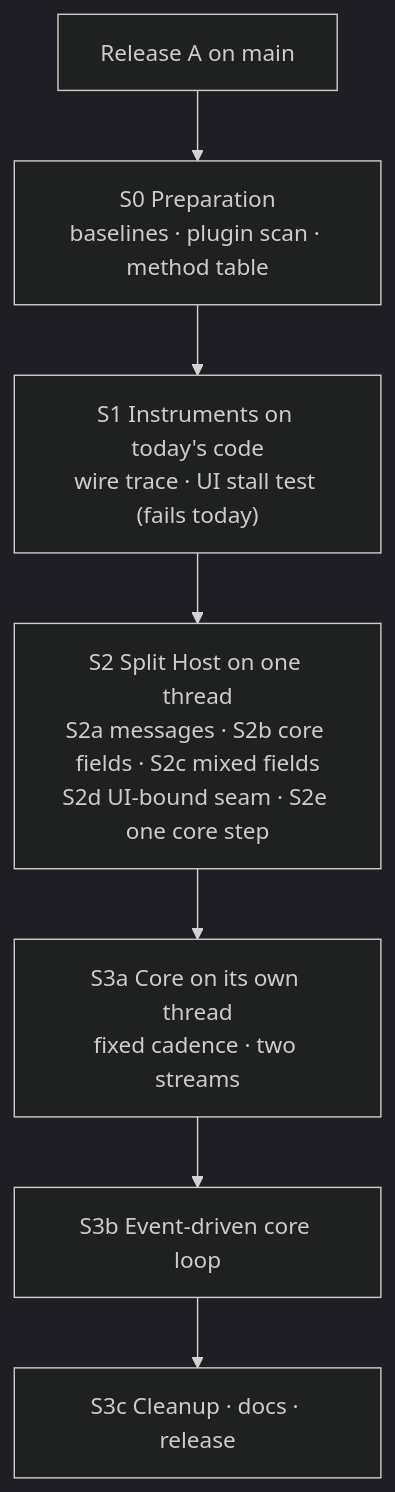
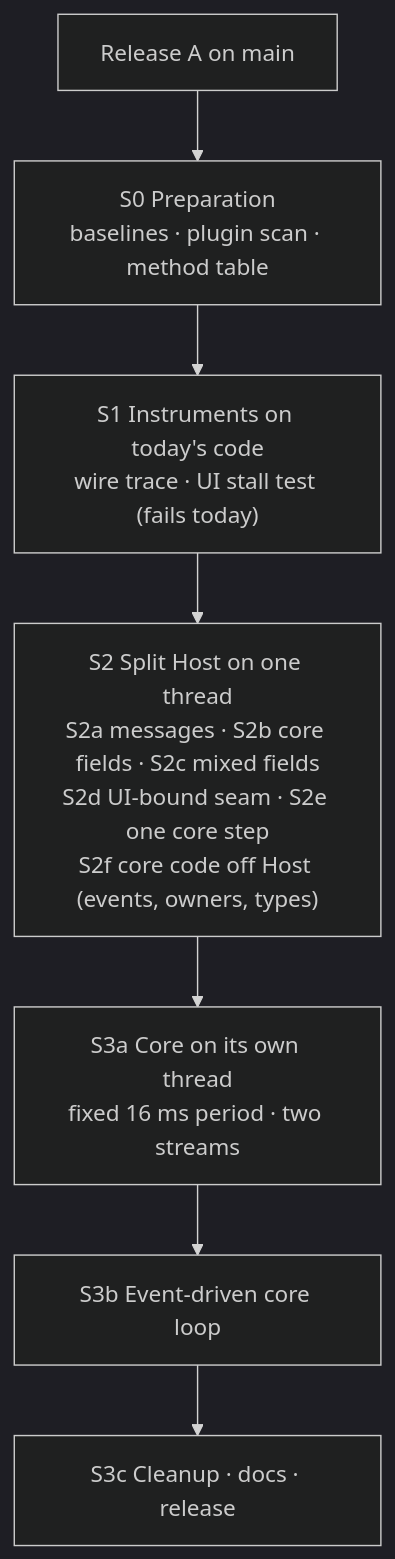
One commit to vestrasys/vestra-player changed the diagram in doc/process/core-thread-plan.md. Above: the diagram before and after it, drawn with Mermaid (dark theme). The commit also changed other lines of this file and 1 other file, not shown here.

First line of the commit message:
Core thread plan and design: S2f (three steps on one thread), the revised S3a row and brief, the cross-access inventory after S2 (§5.3), drift fixes [skip ci]

````diff
--- a/doc/process/core-thread-plan.md
+++ b/doc/process/core-thread-plan.md
@@ -40,9 +40,9 @@
 ```mermaid
 flowchart TB
     A["Release A on main"] --> S0["S0 Preparation<br/>baselines · plugin scan · method table"]
     S0 --> S1["S1 Instruments on today's code<br/>wire trace · UI stall test (fails today)"]
-    S1 --> S2["S2 Split Host on one thread<br/>S2a messages · S2b core fields · S2c mixed fields<br/>S2d UI-bound seam · S2e one core step"]
-    S2 --> S3a["S3a Core on its own thread<br/>fixed cadence · two streams"]
+    S1 --> S2["S2 Split Host on one thread<br/>S2a messages · S2b core fields · S2c mixed fields<br/>S2d UI-bound seam · S2e one core step<br/>S2f core code off Host (events, owners, types)"]
+    S2 --> S3a["S3a Core on its own thread<br/>fixed 16 ms period · two streams"]
     S3a --> S3b["S3b Event-driven core loop"]
     S3b --> S3c["S3c Cleanup · docs · release"]
 ```
````
